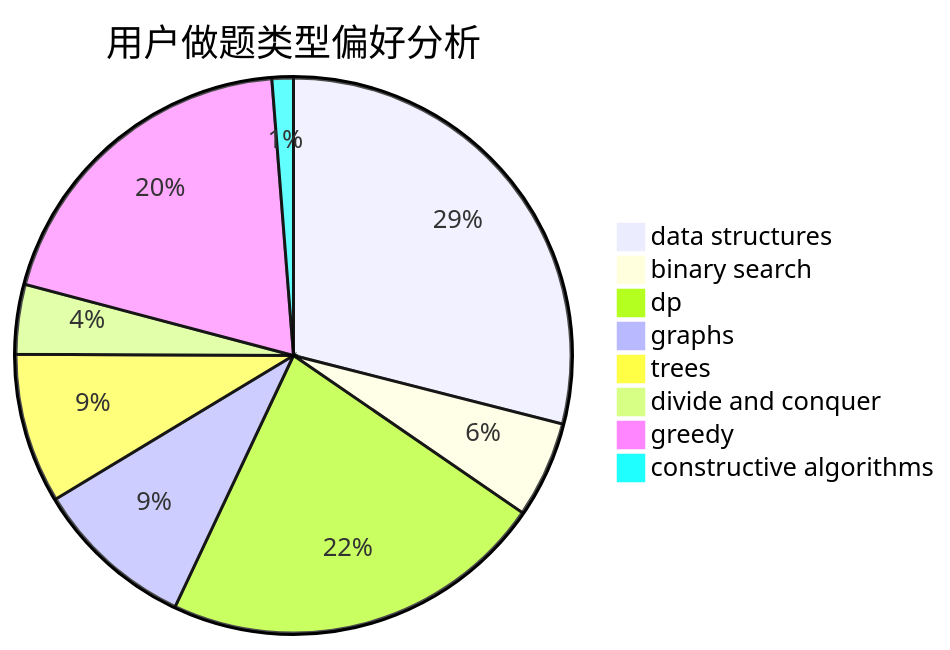
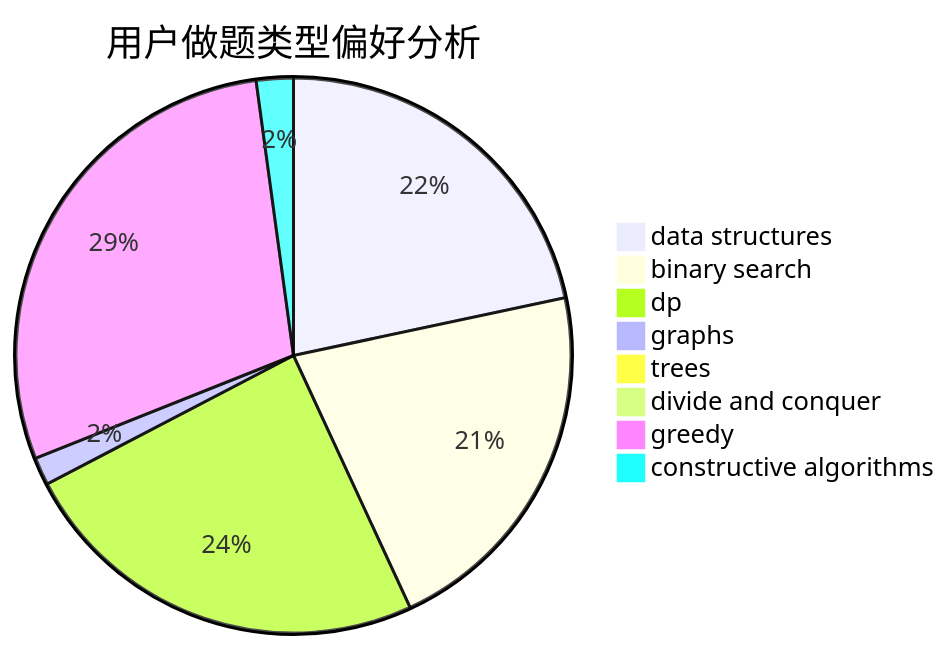
One commit to sherpahu/cfrs.github.io changed the second of 3 diagrams in docs/user/u1605.md. Above: the diagram before and after it, drawn with Mermaid. The commit also changed other lines of this file and 2770 other files, not shown here.

````diff
--- a/docs/user/u1605.md
+++ b/docs/user/u1605.md
@@ -23,11 +23,11 @@
 ```mermaid
 pie title 用户做题类型偏好分析
-    "data structures" :  93
-    "binary search" :  18
-    "dp" :  72
+    "data structures" :  402
+    "binary search" :  398
+    "dp" :  450
     "graphs" :  30
-    "trees" :  28
-    "divide and conquer" :  13
-    "greedy" :  63
-    "constructive algorithms" :  4
+    "trees" :  7
+    "divide and conquer" :  0
+    "greedy" :  536
+    "constructive algorithms" :  40
 ```
````
